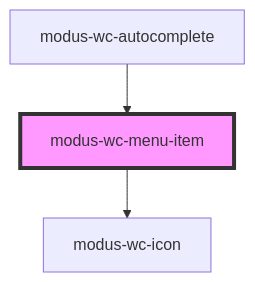
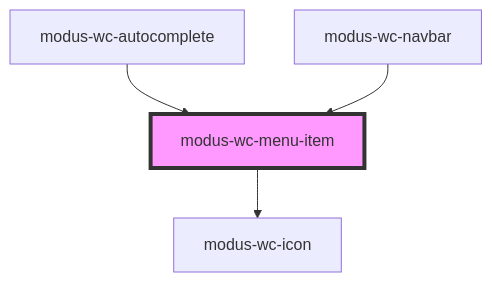
Before and after one commit to trimble-oss/modus-wc-2.0: the diagram in src/components/modus-wc-menu-item/readme.md, drawn with Mermaid. The commit also changed other lines of this file and 11 other files, not shown here.

````diff
--- a/src/components/modus-wc-menu-item/readme.md
+++ b/src/components/modus-wc-menu-item/readme.md
@@ -48,6 +49,7 @@
 ```mermaid
 graph TD;
   modus-wc-menu-item --> modus-wc-icon
   modus-wc-autocomplete --> modus-wc-menu-item
+  modus-wc-navbar --> modus-wc-menu-item
   style modus-wc-menu-item fill:#f9f,stroke:#333,stroke-width:4px
 ```
````
